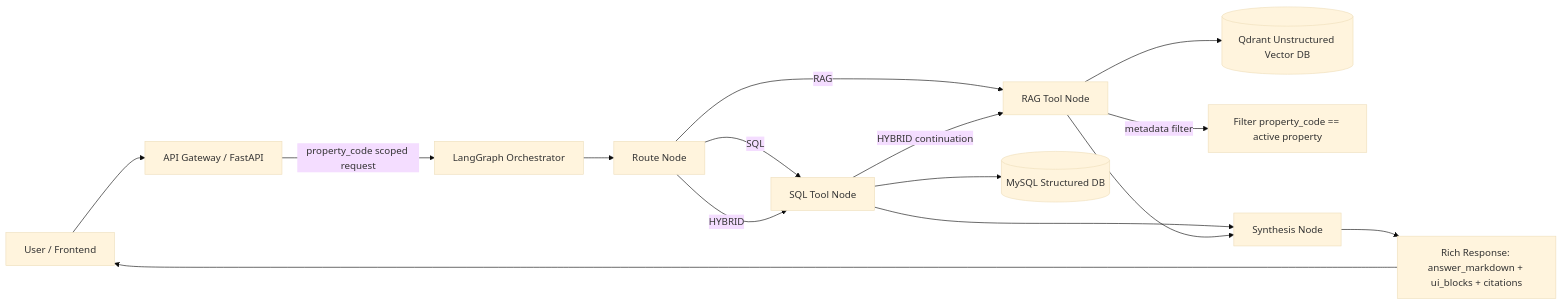
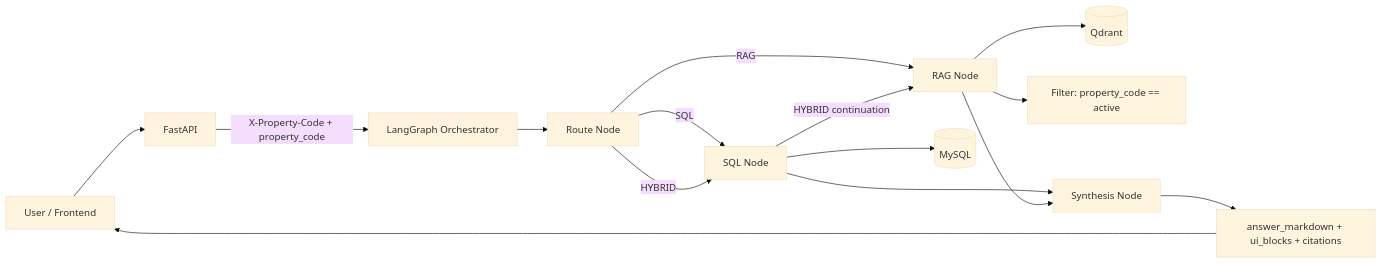
The diagram in README.md (kinba09/aker_RAG), drawn with Mermaid (base theme) before and after one commit. The commit also changed other lines of this file and 12 other files, not shown here.

Commit message:
Add SQL+RAG pipeline improvements: Ollama embeddings, crawler quality filters, LangGraph updates, observability, and eval tests

````diff
--- a/README.md
+++ b/README.md
@@ -109,20 +13,20 @@
 ```mermaid
 flowchart LR
-    U[User / Frontend] --> G[API Gateway / FastAPI]
-    G -->|property_code scoped request| AG[LangGraph Orchestrator]
+    U[User / Frontend] --> G[FastAPI]
+    G -->|X-Property-Code + property_code| AG[LangGraph Orchestrator]
 
     AG --> R[Route Node]
-    R -->|SQL| S[SQL Tool Node]
-    R -->|RAG| V[RAG Tool Node]
+    R -->|SQL| S[SQL Node]
+    R -->|RAG| V[RAG Node]
     R -->|HYBRID| S
     S -->|HYBRID continuation| V
 
-    S --> M[(MySQL Structured DB)]
-    V --> Q[(Qdrant Unstructured Vector DB)]
-    V -->|metadata filter| F[Filter property_code == active property]
+    S --> M[(MySQL)]
+    V --> Q[(Qdrant)]
+    V --> F[Filter: property_code == active]
 
     S --> Y[Synthesis Node]
     V --> Y
-    Y --> O[Rich Response: answer_markdown + ui_blocks + citations]
+    Y --> O[answer_markdown + ui_blocks + citations]
     O --> U
 ```
````
